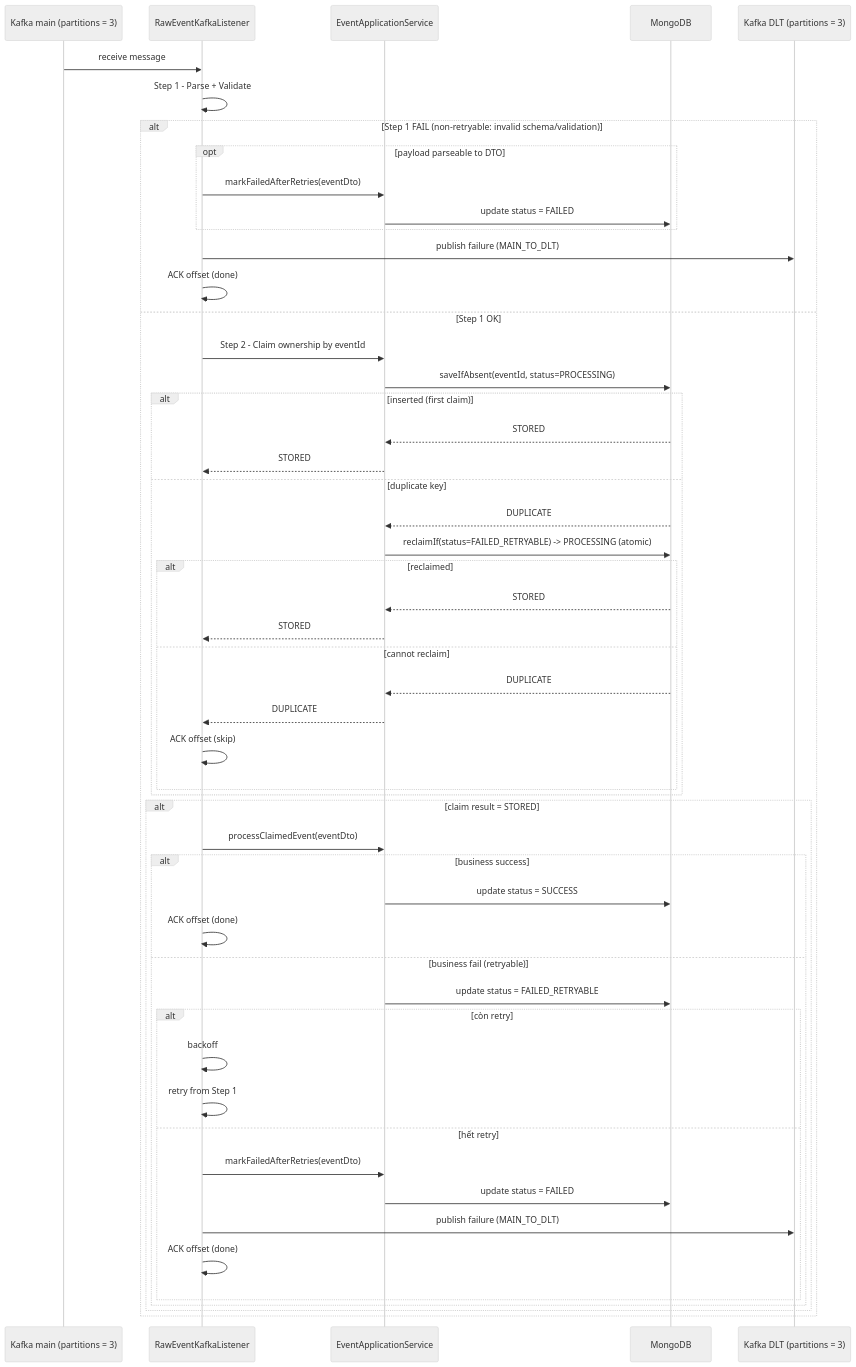
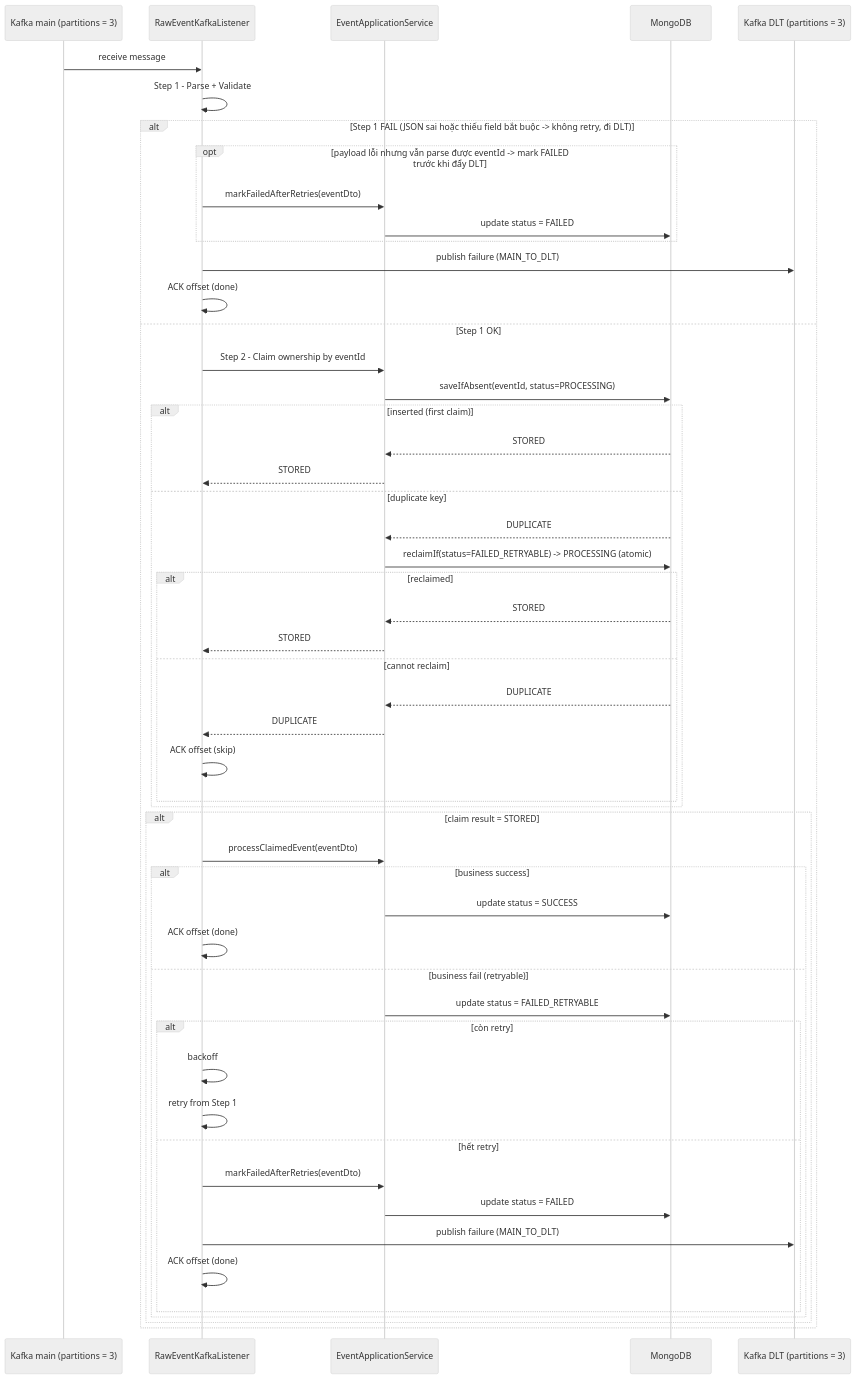
Before and after one commit to nguyentrongvy151995/data-hub: the third of 3 diagrams in README.md, drawn with Mermaid (neutral theme). The commit also changed other lines of this file, not shown here.

````diff
--- a/README.md
+++ b/README.md
@@ -85,58 +85,58 @@
 ```mermaid
 sequenceDiagram
     participant K as Kafka main (partitions = 3)
     participant L as RawEventKafkaListener
     participant S as EventApplicationService
     participant DB as MongoDB
     participant D as Kafka DLT (partitions = 3)
 
     K->>L: receive message
     L->>L: Step 1 - Parse + Validate
 
-    alt Step 1 FAIL (non-retryable: invalid schema/validation)
-        opt payload parseable to DTO
+    alt Step 1 FAIL (JSON sai hoặc thiếu field bắt buộc -> không retry, đi DLT)
+        opt payload lỗi nhưng vẫn parse được eventId -> mark FAILED trước khi đẩy DLT
             L->>S: markFailedAfterRetries(eventDto)
             S->>DB: update status = FAILED
         end
         L->>D: publish failure (MAIN_TO_DLT)
         L->>L: ACK offset (done)
     else Step 1 OK
         L->>S: Step 2 - Claim ownership by eventId
         S->>DB: saveIfAbsent(eventId, status=PROCESSING)
 
         alt inserted (first claim)
             DB-->>S: STORED
             S-->>L: STORED
         else duplicate key
             DB-->>S: DUPLICATE
             S->>DB: reclaimIf(status=FAILED_RETRYABLE) -> PROCESSING (atomic)
             alt reclaimed
                 DB-->>S: STORED
                 S-->>L: STORED
             else cannot reclaim
                 DB-->>S: DUPLICATE
                 S-->>L: DUPLICATE
                 L->>L: ACK offset (skip)
             end
         end
 
         alt claim result = STORED
             L->>S: processClaimedEvent(eventDto)
             alt business success
                 S->>DB: update status = SUCCESS
                 L->>L: ACK offset (done)
             else business fail (retryable)
                 S->>DB: update status = FAILED_RETRYABLE
                 alt còn retry
                     L->>L: backoff
                     L->>L: retry from Step 1
                 else hết retry
                     L->>S: markFailedAfterRetries(eventDto)
                     S->>DB: update status = FAILED
                     L->>D: publish failure (MAIN_TO_DLT)
                     L->>L: ACK offset (done)
                 end
             end
         end
     end
 ```
````
